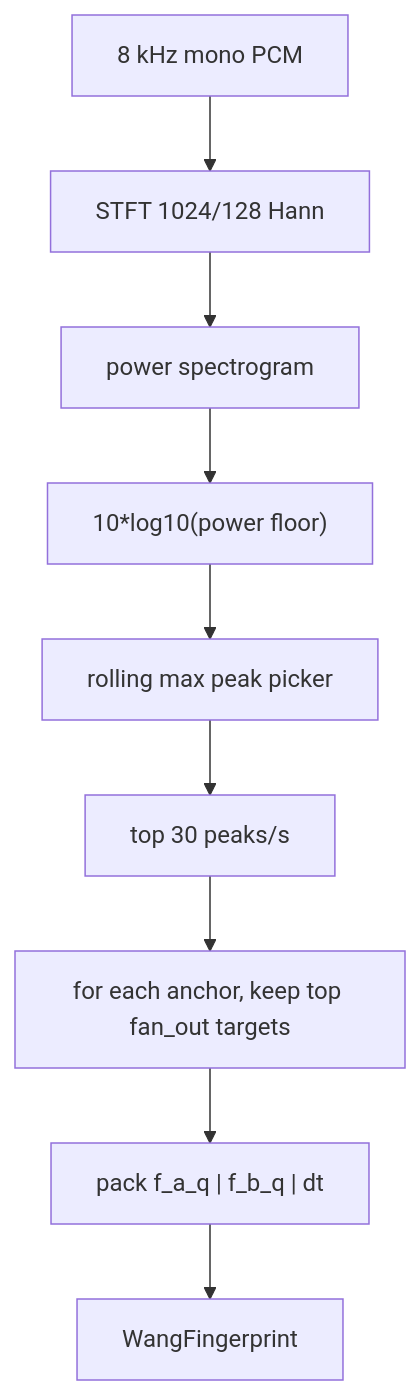
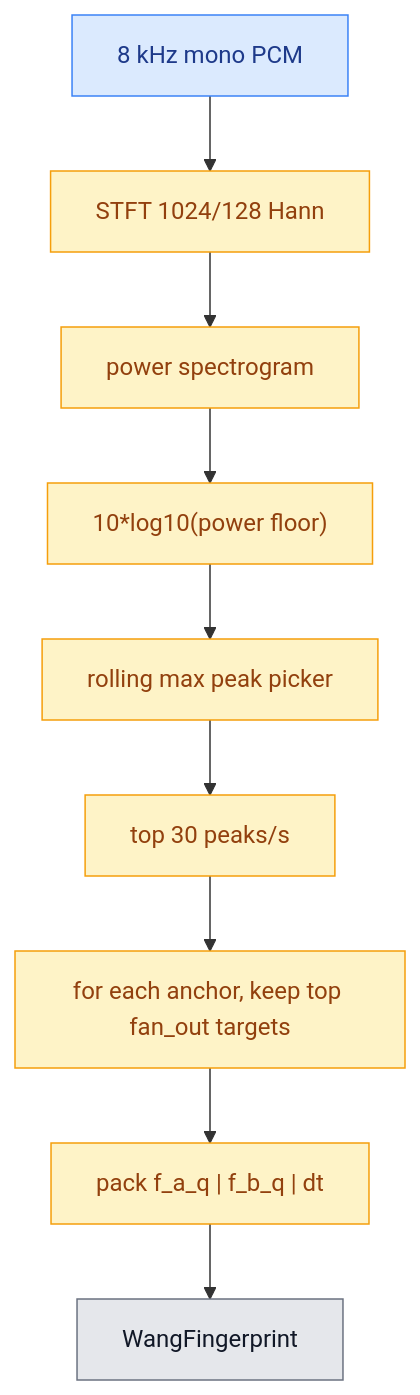
Before and after one commit to themankindproject/audiofp: the third of 5 diagrams in audio.md, drawn with Mermaid. The commit also changed other lines of this file and 5 other files, not shown here.

````diff
--- a/audio.md
+++ b/audio.md
@@ -256,11 +273,19 @@
 ```mermaid
 flowchart TD
     A["8 kHz mono PCM"] --> B["STFT 1024/128 Hann"]
     B --> C["power spectrogram"]
     C --> D["10*log10(power floor)"]
     D --> E["rolling max peak picker"]
     E --> F["top 30 peaks/s"]
     F --> G["for each anchor, keep top fan_out targets"]
     G --> H["pack f_a_q | f_b_q | dt"]
     H --> I["WangFingerprint"]
+
+    classDef input fill:#dbeafe,stroke:#3b82f6,color:#1e3a8a,stroke-width:1px;
+    classDef wang fill:#fef3c7,stroke:#f59e0b,color:#92400e,stroke-width:1px;
+    classDef output fill:#e5e7eb,stroke:#6b7280,color:#111827,stroke-width:1px;
+
+    class A input;
+    class B,C,D,E,F,G,H wang;
+    class I output;
 ```
````
